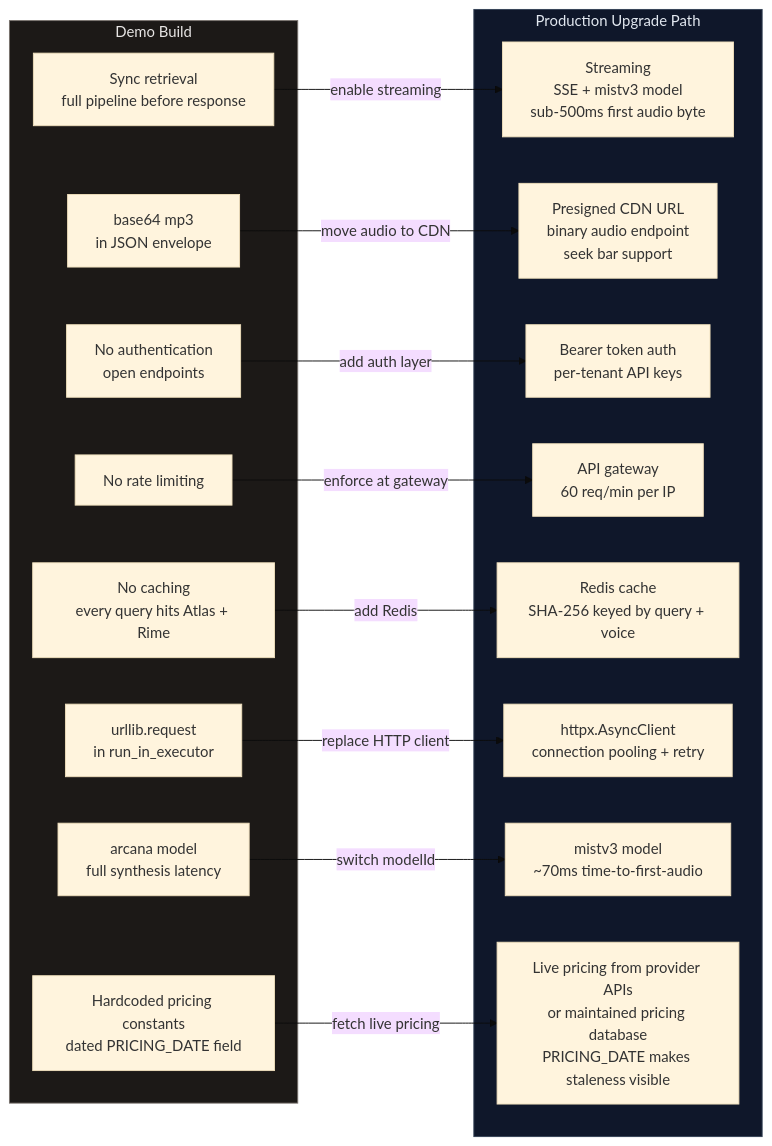
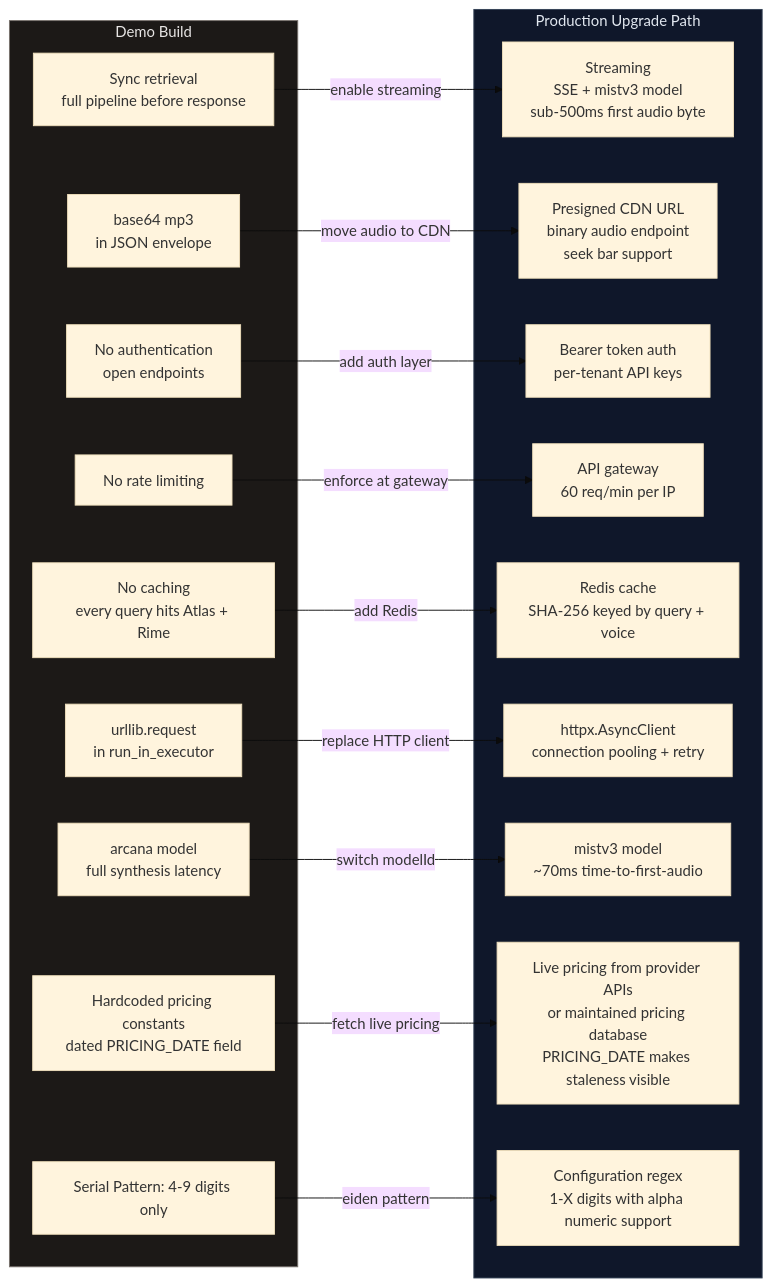
The fourth of 4 diagrams in ARCHITECTURE.md (kenwalger/abiqua-voice-rag), drawn with Mermaid (base theme) before and after one commit. The commit also changed 1 other file, not shown here.

Commit message:
Update README.md and ARCHITECTURE.md for serial number considerations.

````diff
--- a/ARCHITECTURE.md
+++ b/ARCHITECTURE.md
@@ -183,36 +183,39 @@
 ```mermaid
 flowchart LR
     subgraph Demo ["Demo Build"]
         D1[Sync retrieval\nfull pipeline before response]
         D2[base64 mp3\nin JSON envelope]
         D3[No authentication\nopen endpoints]
         D4[No rate limiting]
         D5[No caching\nevery query hits Atlas + Rime]
         D6[urllib.request\nin run_in_executor]
         D7[arcana model\nfull synthesis latency]
         D8[Hardcoded pricing constants\ndated PRICING_DATE field]
+        D9[Serial Pattern: 4-9 digits only]
     end
 
     subgraph Production ["Production Upgrade Path"]
         P1[Streaming\nSSE + mistv3 model\nsub-500ms first audio byte]
         P2[Presigned CDN URL\nbinary audio endpoint\nseek bar support]
         P3[Bearer token auth\nper-tenant API keys]
         P4[API gateway\n60 req/min per IP]
         P5[Redis cache\nSHA-256 keyed by query + voice]
         P6[httpx.AsyncClient\nconnection pooling + retry]
         P7[mistv3 model\n~70ms time-to-first-audio]
         P8[Live pricing from provider APIs\nor maintained pricing database\nPRICING_DATE makes staleness visible]
+        P9[Configuration regex\n1-X digits with alpha numeric support]
     end
 
     D1 -->|enable streaming| P1
     D2 -->|move audio to CDN| P2
     D3 -->|add auth layer| P3
     D4 -->|enforce at gateway| P4
     D5 -->|add Redis| P5
     D6 -->|replace HTTP client| P6
     D7 -->|switch modelId| P7
     D8 -->|fetch live pricing| P8
+    D9 -->|eiden pattern| P9
 
     style Demo fill:#1c1917,stroke:#78716c,color:#e7e5e4
     style Production fill:#0f172a,stroke:#334155,color:#e2e8f0
 ```
````
